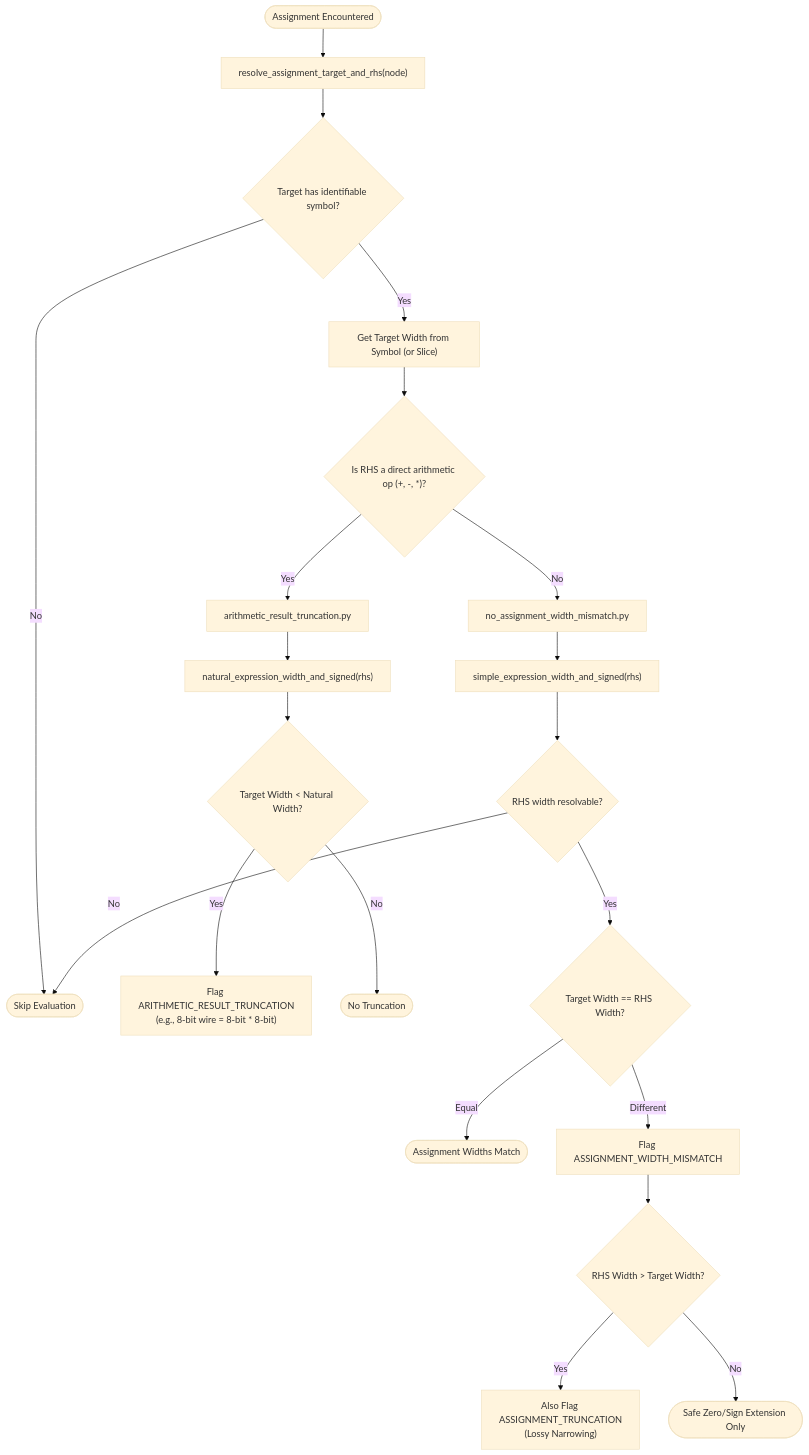
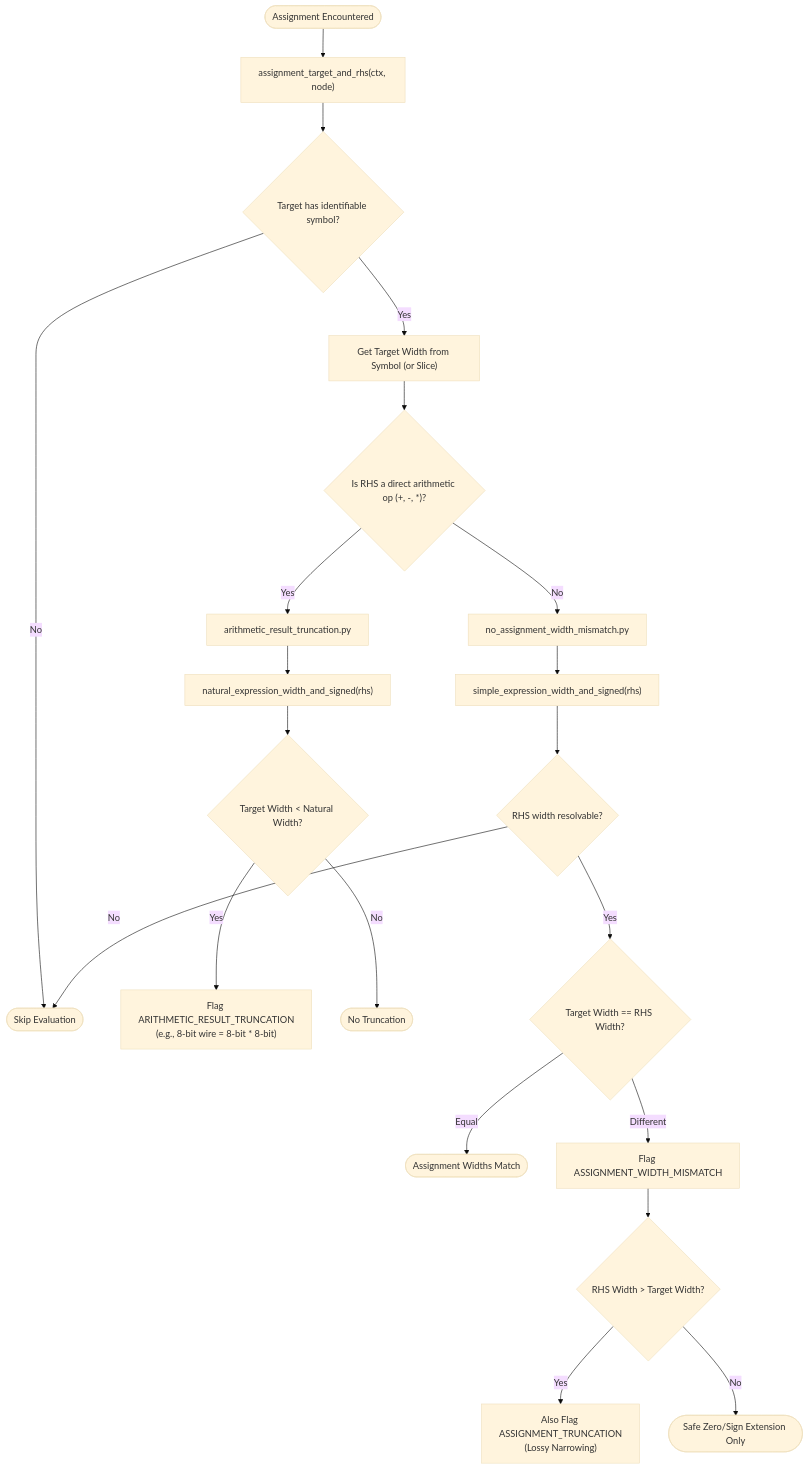
One commit to svalme/Verilinter changed the third of 5 diagrams in docs/ARCHITECTURE.md. Above: the diagram before and after it, drawn with Mermaid (base theme). The commit also changed other lines of this file and 10 other files, not shown here.

````diff
--- a/docs/ARCHITECTURE.md
+++ b/docs/ARCHITECTURE.md
@@ -118,27 +118,27 @@
 ```mermaid
 flowchart TD
-    Start(["Assignment Encountered"]) --> Resolve["resolve_assignment_target_and_rhs(node)"]
+    Start(["Assignment Encountered"]) --> Resolve["assignment_target_and_rhs(ctx, node)"]
     
     Resolve --> CheckTarget{"Target has identifiable symbol?"}
     CheckTarget -- No --> Skip(["Skip Evaluation"])
     CheckTarget -- Yes --> TargetWidth["Get Target Width from Symbol (or Slice)"]
 
     TargetWidth --> CheckRHS{"Is RHS a direct arithmetic op (+, -, *)?"}
     
     CheckRHS -- Yes --> ArithFlow["arithmetic_result_truncation.py"]
     ArithFlow --> NatWidth["natural_expression_width_and_signed(rhs)"]
     NatWidth --> CheckNat{"Target Width < Natural Width?"}
     CheckNat -- Yes --> ReportArith["Flag ARITHMETIC_RESULT_TRUNCATION<br/>(e.g., 8-bit wire = 8-bit * 8-bit)"]
     CheckNat -- No --> ArithOk(["No Truncation"])
 
     CheckRHS -- No --> SimpleFlow["no_assignment_width_mismatch.py"]
     SimpleFlow --> SimpleWidth["simple_expression_width_and_signed(rhs)"]
     SimpleWidth --> FoundWidth{"RHS width resolvable?"}
     FoundWidth -- No --> Skip
     FoundWidth -- Yes --> CompareWidths{"Target Width == RHS Width?"}
     CompareWidths -- Equal --> MatchOk(["Assignment Widths Match"])
     CompareWidths -- Different --> ReportMismatch["Flag ASSIGNMENT_WIDTH_MISMATCH"]
     ReportMismatch --> CheckLossy{"RHS Width > Target Width?"}
     CheckLossy -- Yes --> ReportTrunc["Also Flag ASSIGNMENT_TRUNCATION<br/>(Lossy Narrowing)"]
     CheckLossy -- No --> SafeExtension(["Safe Zero/Sign Extension Only"])
 ```
````
